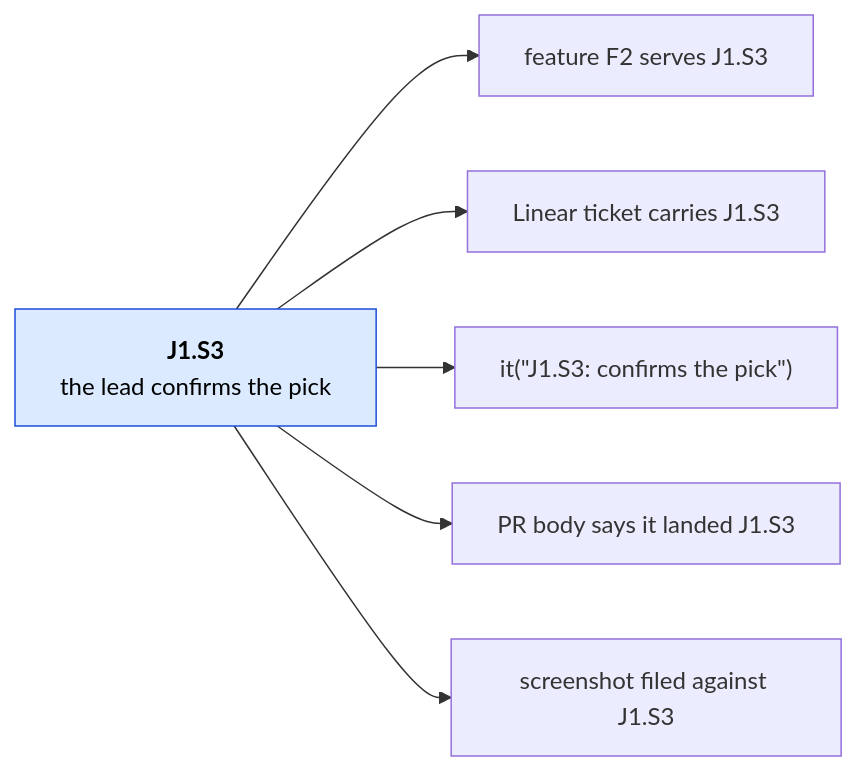
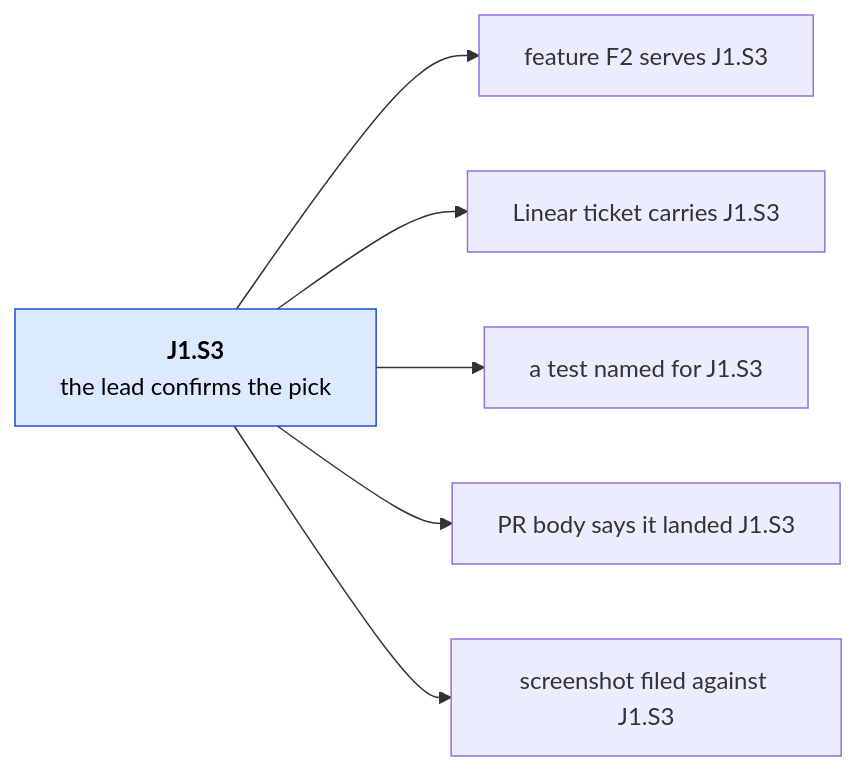
The second of 3 diagrams in README.md (hivinaynair/vipernxt), drawn with Mermaid before and after one commit. The commit also changed other lines of this file, not shown here.

First line of the commit message:
Fix the spine diagram, which did not render on GitHub.

````diff
--- a/README.md
+++ b/README.md
@@ -160,11 +160,11 @@
 ```mermaid
 flowchart LR
     S["<b>J1.S3</b><br/>the lead confirms the pick"]
     S --> F["feature F2 serves J1.S3"]
     S --> T["Linear ticket carries J1.S3"]
-    S --> E["it(&quot;J1.S3: confirms the pick&quot;)"]
+    S --> E["a test named for J1.S3"]
     S --> P["PR body says it landed J1.S3"]
     S --> SC["screenshot filed against J1.S3"]
 
     style S fill:#dbeafe,stroke:#1d4ed8,color:#000
 ```
````
